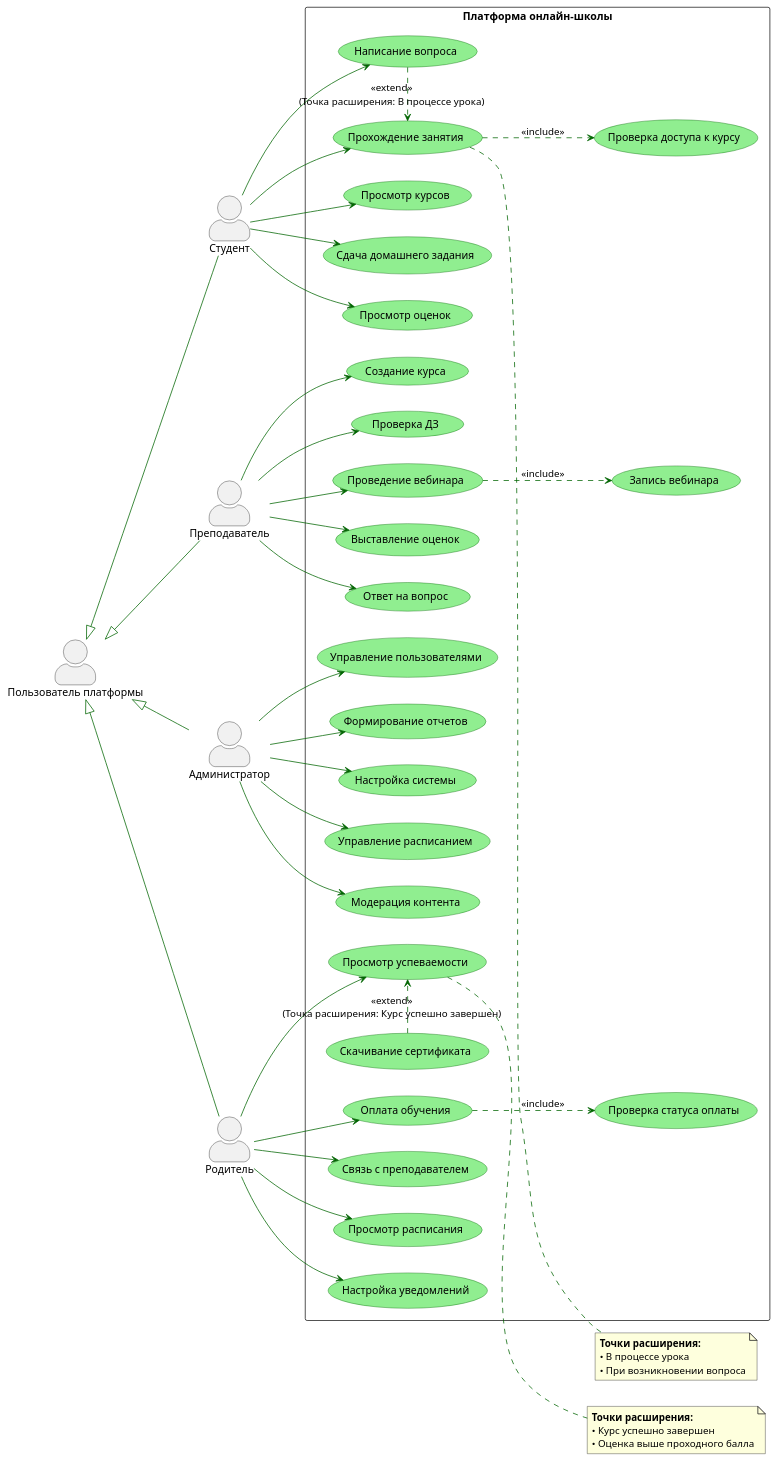
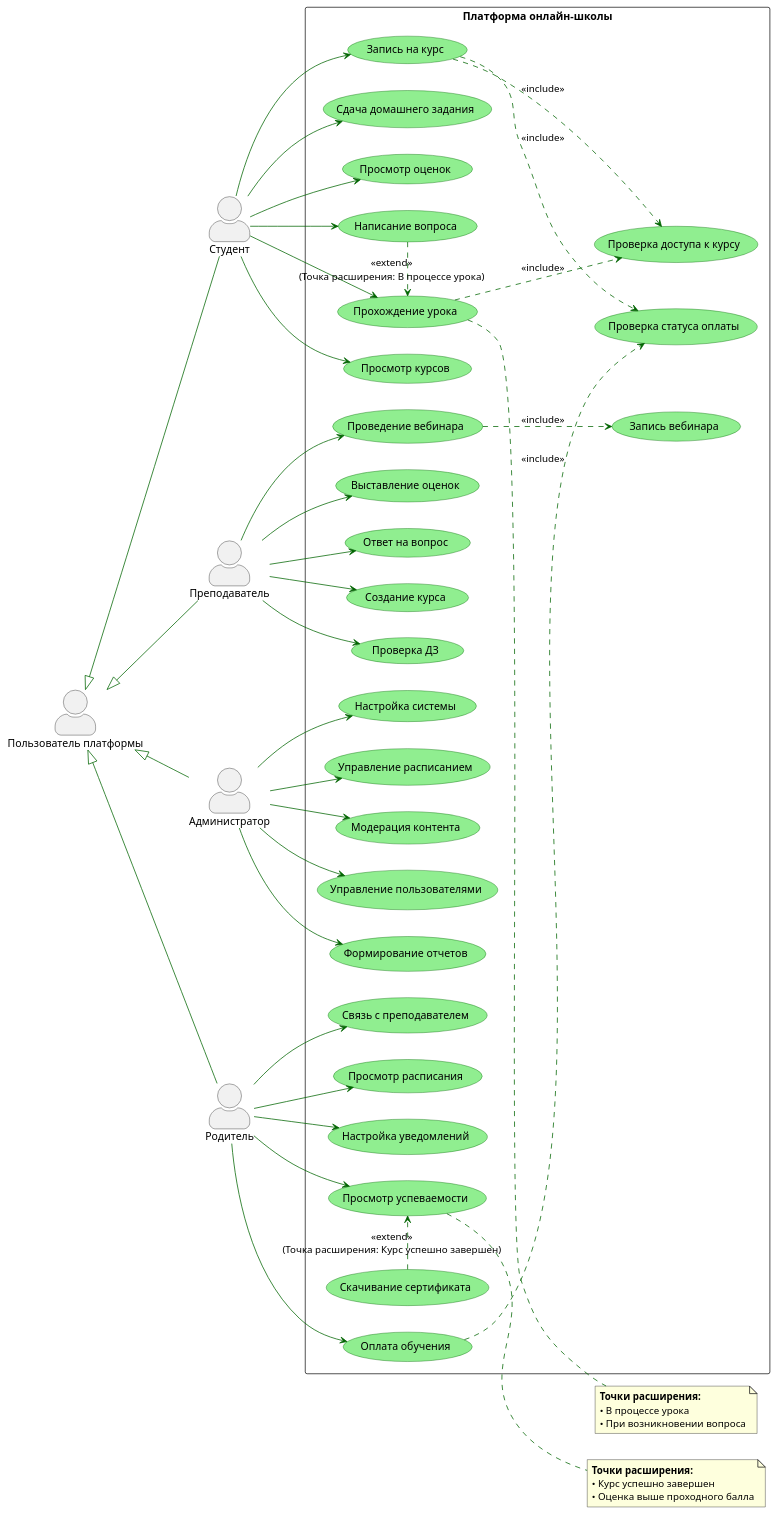
The diagram in online-school-uml/use-case/use-case-diagram.puml (mdnmek/uml-projects), drawn with PlantUML before and after one commit. The commit also changed 6 other files, not shown here.

Commit message:
Внесены изменения в use case и activity, добавлена диаграмма классов (class)

```diff
--- a/online-school-uml/use-case/use-case-diagram.puml
+++ b/online-school-uml/use-case/use-case-diagram.puml
@@ -1,111 +1,116 @@
 @startuml
 left to right direction
 skinparam packageStyle rectangle
 skinparam actorStyle awesome
 skinparam usecase{
     BackgroundColor LightGreen
     BorderColor DarkGreen
     ArrowColor DarkGreen
 }
 
 actor "Пользователь платформы" as BaseUser
 actor "Студент" as Student
 actor "Преподаватель" as Teacher
 actor "Администратор" as Admin
 actor "Родитель" as Parent
 
 BaseUser <|-- Student
 BaseUser <|-- Teacher
 BaseUser <|-- Admin
 BaseUser <|-- Parent
 
 rectangle "Платформа онлайн-школы"{
     'действия студента
     usecase "Просмотр курсов" as UC_ViewCourses
-    usecase "Прохождение занятия" as UC_TakeLesson
+    usecase "Запись на курс" as UC_EnrollCourse
+    usecase "Прохождение урока" as UC_TakeLesson
     usecase "Сдача домашнего задания" as UC_SubmitHW
     usecase "Просмотр оценок" as UC_ViewGrades
     usecase "Написание вопроса" as UC_AskQuestion
 
     'действия преподавателя
     usecase "Создание курса" AS UC_CreateCourse
     usecase "Проверка ДЗ" AS UC_CheckHW
     usecase "Проведение вебинара" as UC_Webinar
     usecase "Выставление оценок" as UC_Grade
     usecase "Ответ на вопрос" as UC_Answer
 
     'действия администратора
     usecase "Управление пользователями" as UC_ManageUsers
     usecase "Формирование отчетов" as UC_Reports
     usecase "Настройка системы" as UC_Config
     usecase "Управление расписанием" as UC_Schedule
     usecase "Модерация контента" as UC_Moderate
 
     'действия родителя
     usecase "Оплата обучения" as UC_Pay
     usecase "Просмотр успеваемости" as UC_ViewProgress
     usecase "Связь с преподавателем" as UC_ContactTeacher
     usecase "Просмотр расписания" as UC_ViewSchedule
     usecase "Настройка уведомлений" as UC_Notifications   
 
     'дополнительные сценарии 
     usecase "Проверка доступа к курсу" as UC_CheckAccess
     usecase "Запись вебинара" as UC_RecordWebinar
     usecase "Проверка статуса оплаты" as UC_CheckPayment
     usecase "Скачивание сертификата" as UC_DownloadCert    
     
 }
 
 'строим связи между actors и usecase
 
 'связи студента
 Student --> UC_ViewCourses
 Student --> UC_TakeLesson
 Student --> UC_SubmitHW
 Student --> UC_ViewGrades
 Student --> UC_AskQuestion
+Student --> UC_EnrollCourse
 
 'связи преподавателя
 Teacher --> UC_CreateCourse
 Teacher --> UC_CheckHW
 Teacher --> UC_Webinar
 Teacher --> UC_Grade
 Teacher --> UC_Answer
 
 'связи администратора
 Admin --> UC_ManageUsers
 Admin --> UC_Reports
 Admin --> UC_Config
 Admin --> UC_Schedule
 Admin --> UC_Moderate
 
 'связи родителя
 Parent --> UC_Pay
 Parent --> UC_ViewProgress
 Parent --> UC_ContactTeacher
 Parent --> UC_ViewSchedule
 Parent --> UC_Notifications
 
 ' связи Include
 UC_TakeLesson ..> UC_CheckAccess : <<include>>
 UC_Webinar ..> UC_RecordWebinar : <<include>>
 UC_Pay ..> UC_CheckPayment : <<include>>
 
+UC_EnrollCourse ..> UC_CheckPayment : <<include>>
+UC_EnrollCourse ..> UC_CheckAccess : <<include>>
+
 ' Связи Extend с точками расширения
 UC_AskQuestion .> UC_TakeLesson : <<extend>>\n(Точка расширения: В процессе урока)
 UC_DownloadCert .> UC_ViewProgress : <<extend>>\n(Точка расширения: Курс успешно завершен)
 
 ' заметки с описанием точек расширения
 note right of UC_TakeLesson
   **Точки расширения:**
   • В процессе урока
   • При возникновении вопроса
 end note
 
 note right of UC_ViewProgress
   **Точки расширения:**
   • Курс успешно завершен
   • Оценка выше проходного балла
 end note
 
 @enduml
```
